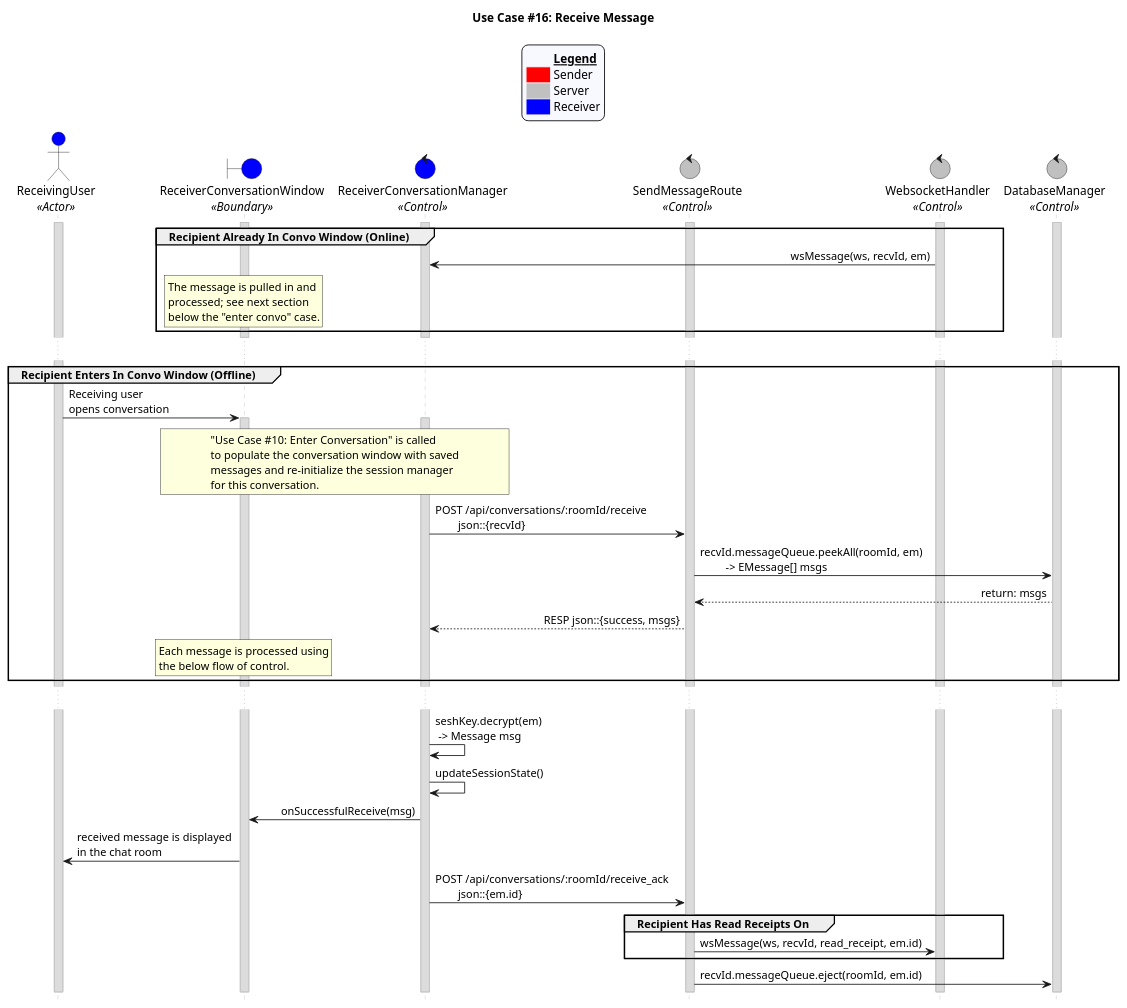
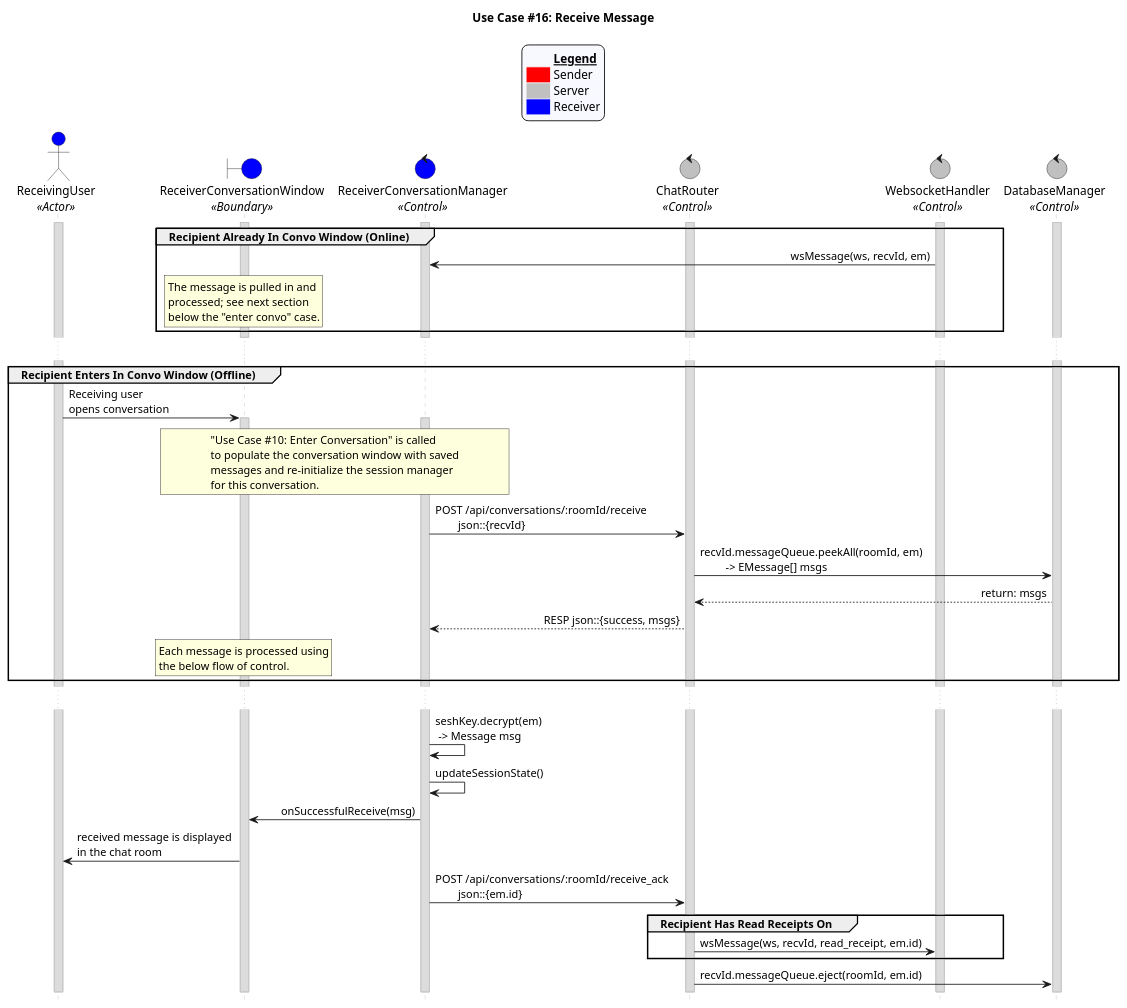
The diagram in uc_16.puml (CECS-491-SP24-Group-1/seq-diagrams), drawn with PlantUML before and after one commit. The commit also changed 1 other file, not shown here.

Commit message:
Rename serverside router

```diff
--- a/uc_16.puml
+++ b/uc_16.puml
@@ -1,108 +1,108 @@
 @startuml uc16
 title "Use Case #16: Receive Message"
 
 'Styling goes here
 hide footbox
 skinparam stereotypePosition bottom
 skinparam sequenceMessageAlign direction
 skinparam sequence {
 	LifeLineBorderColor #Silver
 	LifeLineBackgroundColor #Gainsboro
 }
 
 'Add a legend plus styling
 skinparam legend {
 	backgroundColor #GhostWhite
 	entrySeparator #GhostWhite
 }
 
 legend top
 	<#GhostWhite,#GhostWhite>|	|= __Legend__ |
 	|<#red> | Sender|
 	|<#silver> | Server|
 	|<#blue> | Receiver|
 endlegend
 
 'Setup the objects involved here
 actor ReceivingUser as u <<Actor>> #blue
 boundary ReceiverConversationWindow as rcw <<Boundary>> #blue
 control ReceiverConversationManager as rcm <<Control>> #blue
-control SendMessageRoute as smr <<Control>> #silver
+control ChatRouter as cr <<Control>> #silver
 control WebsocketHandler as ws <<Control>> #silver
 control DatabaseManager as db <<Control>> #silver
 'boundary SenderDevice as sd <<Boundary>>
 
 'Setup persistent objects here
 activate u
-activate smr
+activate cr
 activate ws
 activate db
 'activate sd
 
 '--- FLOW OF CONTROL STARTS HERE ---
 'Case 1: The recipient is online
 group Recipient Already In Convo Window (Online)
 	'If the receiving user is online, then messages are pulled in immediately.
 	activate rcm
 	activate rcw
 	ws -> rcm: wsMessage(ws, recvId, em)
 	rnote over rcw
 	The message is pulled in and
 	processed; see next section
 	below the "enter convo" case.
 	end note
 end
 deactivate rcw
 deactivate rcm
 
 ...
 
 'Case 2: The recipient is offline
 group Recipient Enters In Convo Window (Offline)
 	'The user enters the conversation.
 	u -> rcw: Receiving user \nopens conversation
 	activate rcw
 	rnote over rcm,rcw
 	"Use Case #10: Enter Conversation" is called
 	to populate the conversation window with saved
 	messages and re-initialize the session manager
 	for this conversation.
 	end note
 	activate rcm
 
 	'The recipient’s device makes a request for unread messages.
-	rcm -> smr: POST /api/conversations/:roomId/receive \n\tjson::{recvId}
+	rcm -> cr: POST /api/conversations/:roomId/receive \n\tjson::{recvId}
 
 	'The server dequeues the unread messages from the receiver's queue and sends them down to the receiver in an array, from oldest to newest.
-	smr -> db: recvId.messageQueue.peekAll(roomId, em) \n\t -> EMessage[] msgs
-	db --> smr: return: msgs
-	smr --> rcm: RESP json::{success, msgs}
+	cr -> db: recvId.messageQueue.peekAll(roomId, em) \n\t -> EMessage[] msgs
+	db --> cr: return: msgs
+	cr --> rcm: RESP json::{success, msgs}
 
 	'The receiver's device begins processing each message
 	rnote over rcw
 	Each message is processed using
 	the below flow of control.
 	end note
 end
 
 ...
 
 'The recipient’s device decrypts the message and updates the ratchet state. 
 rcm -> rcm: seshKey.decrypt(em)\n -> Message msg
 rcm -> rcm: updateSessionState()
 rcm -> rcw: onSuccessfulReceive(msg)
 
 'The recipient reads the message that was sent to them.
 rcw -> u: received message is displayed \nin the chat room
 
 'The recipient’s device sends a read receipt to the server to be delivered to the sender, if enabled
-rcm -> smr: POST /api/conversations/:roomId/receive_ack \n\tjson::{em.id}
+rcm -> cr: POST /api/conversations/:roomId/receive_ack \n\tjson::{em.id}
 group Recipient Has Read Receipts On
-	smr -> ws: wsMessage(ws, recvId, read_receipt, em.id)
+	cr -> ws: wsMessage(ws, recvId, read_receipt, em.id)
 end
 
 'The server removes the message from the queue and securely erases it.
-smr -> db: recvId.messageQueue.eject(roomId, em.id)
+cr -> db: recvId.messageQueue.eject(roomId, em.id)
 '--- FLOW OF CONTROL ENDS HERE   ---
 
 @enduml
```
